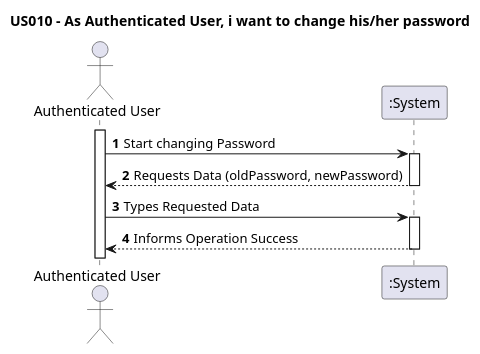
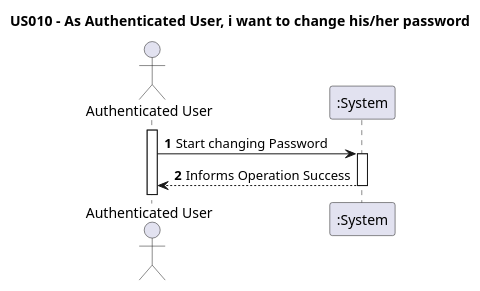
The diagram in docs/Sprint1/US011/US011-SSD.puml (nunogon1211787/projectManagement), drawn with PlantUML before and after one commit. The commit also changed 152 other files, not shown here.

```diff
--- a/docs/Sprint1/US011/US011-SSD.puml
+++ b/docs/Sprint1/US011/US011-SSD.puml
@@ -1,20 +1,17 @@
 @startuml
 'https://plantuml.com/sequence-diagram
 
 title US010 - As Authenticated User, i want to change his/her password
 
 autoactivate on
 autonumber
 
 actor "Authenticated User" as user
 participant ":System" as System
 
 activate user
 
 user -> System: Start changing Password
-System --> user: Requests Data (oldPassword, newPassword)
-
-user -> System: Types Requested Data
 System --> user: Informs Operation Success
 
 @enduml
```
